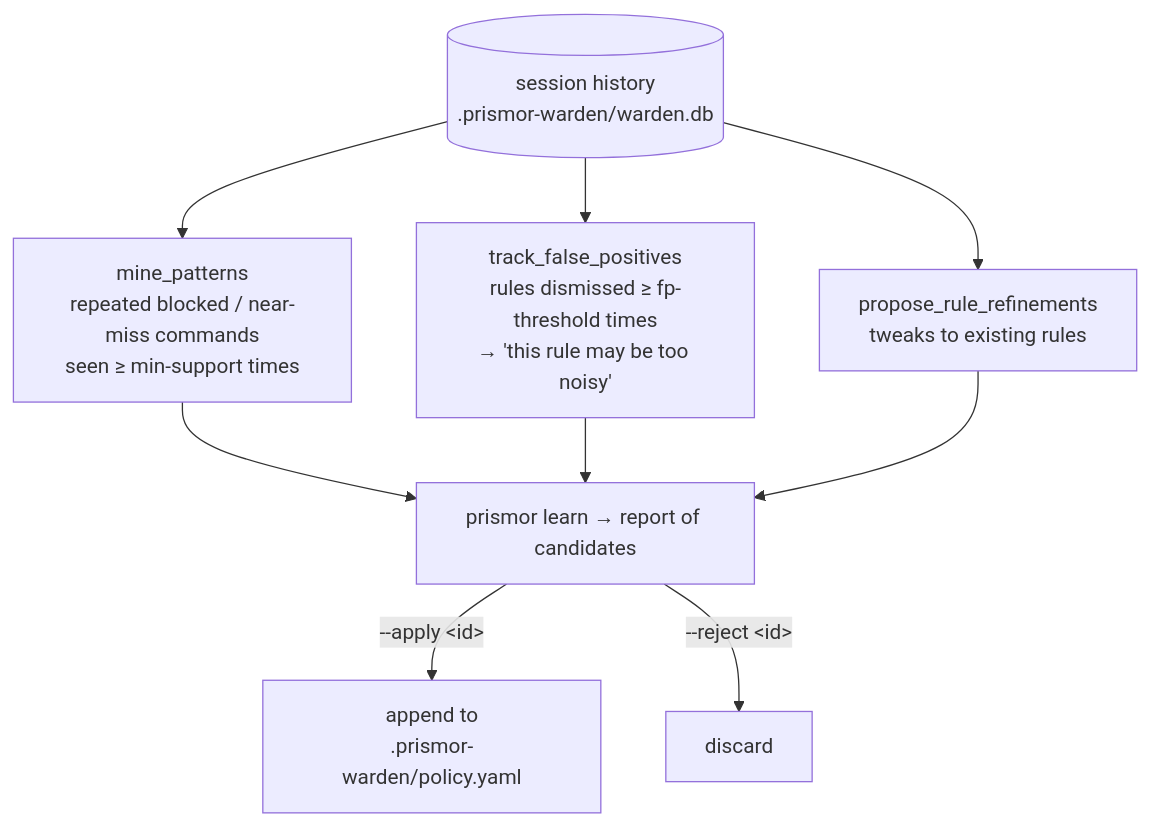
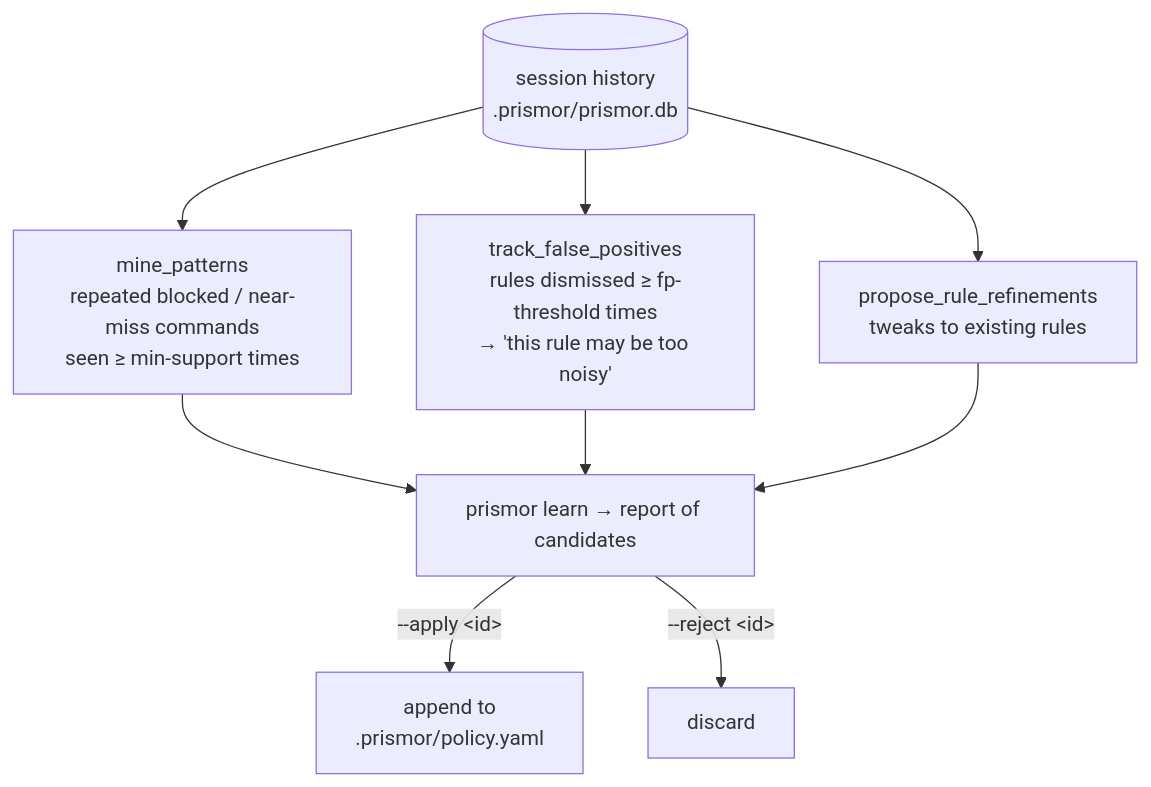
One commit to Madhumasa84/prismor changed the diagram in docs/learning.md. Above: the diagram before and after it, drawn with Mermaid. The commit also changed other lines of this file and 307 other files, not shown here.

First line of the commit message:
Rename Warden -> Prismor across the runtime (prismor.runtime namespace)

````diff
--- a/docs/learning.md
+++ b/docs/learning.md
@@ -14,12 +14,12 @@
 ```mermaid
 flowchart TD
-    DB[("session history<br/>.prismor-warden/warden.db")]
+    DB[("session history<br/>.prismor/prismor.db")]
     DB --> MP["mine_patterns<br/>repeated blocked / near-miss commands<br/>seen ≥ min-support times"]
     DB --> FP["track_false_positives<br/>rules dismissed ≥ fp-threshold times<br/>→ 'this rule may be too noisy'"]
     DB --> RR["propose_rule_refinements<br/>tweaks to existing rules"]
     MP --> R["prismor learn → report of candidates"]
     FP --> R
     RR --> R
-    R -->|"--apply &lt;id&gt;"| A["append to<br/>.prismor-warden/policy.yaml"]
+    R -->|"--apply &lt;id&gt;"| A["append to<br/>.prismor/policy.yaml"]
     R -->|"--reject &lt;id&gt;"| X["discard"]
 ```
````
